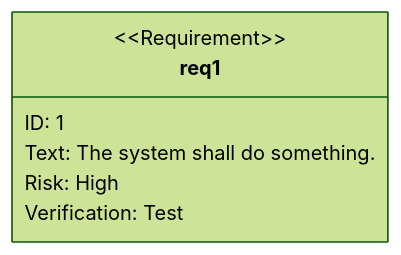
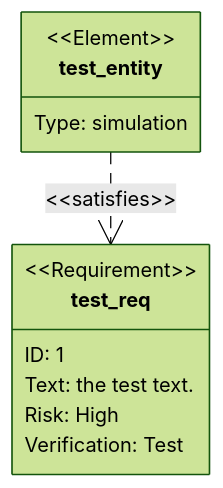
Before and after one commit to tangledgroup/tangled-skills: diagram 16 of 25 in .agents/skills/mermaid-11-14-0/references/06-other-diagrams.md, drawn with Mermaid (forest theme). The commit also changed other lines of this file and 15 other files, not shown here.

First line of the commit message:
chore: regenerate mermaid skill and create rsync 3.4.1 skill with full documentation

````diff
--- a/.agents/skills/mermaid-11-14-0/references/06-other-diagrams.md
+++ b/.agents/skills/mermaid-11-14-0/references/06-other-diagrams.md
@@ -179,9 +272,13 @@
 ```mermaid
 requirementDiagram
-    requirement req1 {
+    requirement test_req {
         id: 1
-        text: The system shall do something.
+        text: the test text.
         risk: high
         verifymethod: test
     }
+    element test_entity {
+        type: simulation
+    }
+    test_entity - satisfies -> test_req
 ```
````
